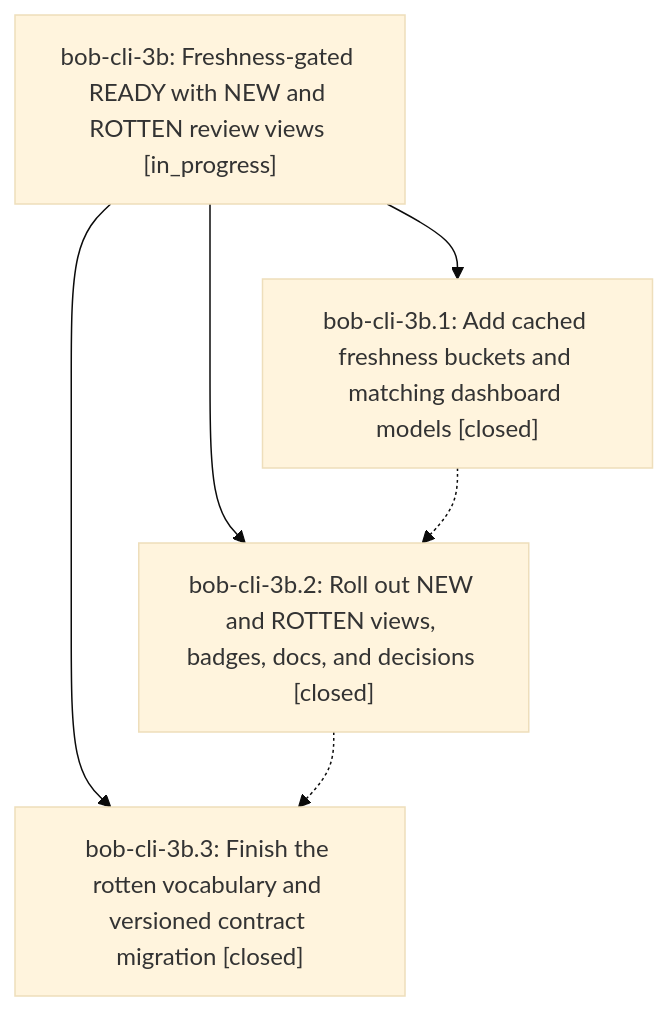
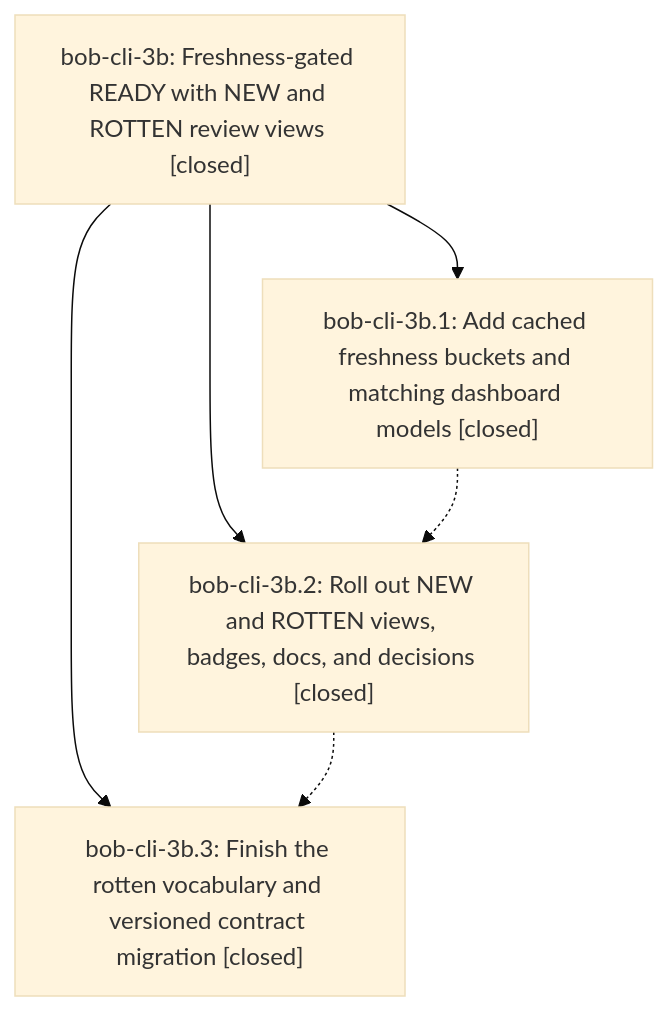
The diagram in pages/bob-cli-3b/README.md (bobs-org/bob-cli--beads), drawn with Mermaid (base theme) before and after one commit. The commit also changed other lines of this file, not shown here.

First line of the commit message:
chore(beads): sync bead state and pages for bob-cli-3b

````diff
--- a/pages/bob-cli-3b/README.md
+++ b/pages/bob-cli-3b/README.md
@@ -24,12 +50,12 @@
 ```mermaid
 flowchart TD
-    n0["bob-cli-3b: Freshness-gated READY with NEW and ROTTEN review views [in_progress]"]
+    n0["bob-cli-3b: Freshness-gated READY with NEW and ROTTEN review views [closed]"]
     n1["bob-cli-3b.1: Add cached freshness buckets and matching dashboard models [closed]"]
     n2["bob-cli-3b.2: Roll out NEW and ROTTEN views, badges, docs, and decisions [closed]"]
     n3["bob-cli-3b.3: Finish the rotten vocabulary and versioned contract migration [closed]"]
     n0 --> n1
     n0 --> n2
     n0 --> n3
     n1 -.-> n2
     n2 -.-> n3
 ```
````
